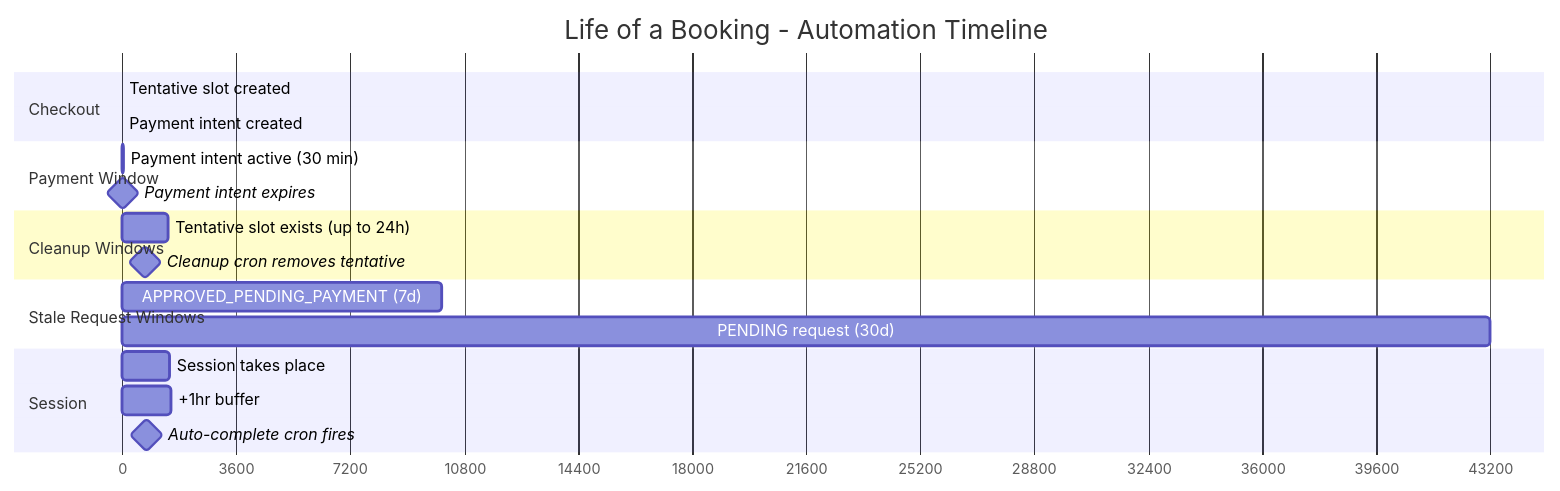
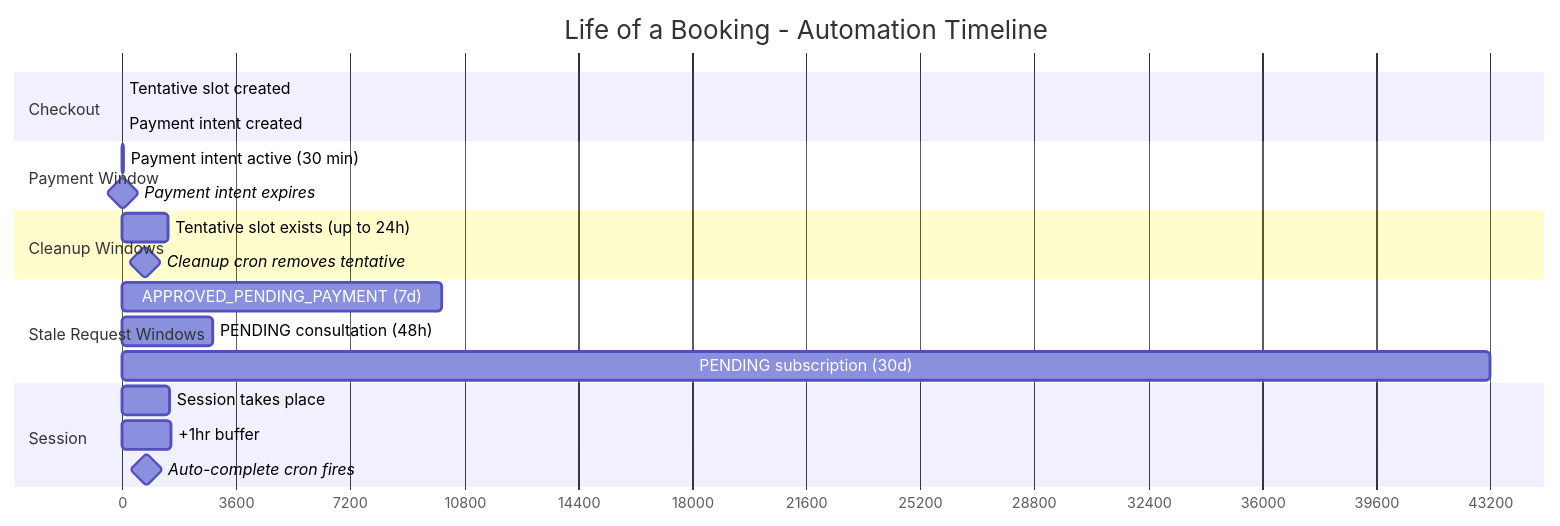
Diagram 16 of 16 in docs/booking/06-booking-lifecycle.md (Practitionist/familiarise_web), drawn with Mermaid before and after one commit. The commit also changed other lines of this file and 15 other files, not shown here.

````diff
--- a/docs/booking/06-booking-lifecycle.md
+++ b/docs/booking/06-booking-lifecycle.md
@@ -1172,27 +1172,28 @@
 ```mermaid
 gantt
     title Life of a Booking - Automation Timeline
     dateFormat X
     axisFormat %s
 
     section Checkout
     Tentative slot created           :a1, 0, 1
     Payment intent created           :a2, 0, 1
 
     section Payment Window
     Payment intent active (30 min)   :a3, 0, 30
     Payment intent expires           :milestone, 30, 30
 
     section Cleanup Windows
     Tentative slot exists (up to 24h) :a4, 0, 1440
     Cleanup cron removes tentative    :milestone, 1440, 1440
 
     section Stale Request Windows
     APPROVED_PENDING_PAYMENT (7d)     :a5, 0, 10080
-    PENDING request (30d)             :a6, 0, 43200
+    PENDING consultation (48h)        :a6, 0, 2880
+    PENDING subscription (30d)        :a9, 0, 43200
 
     section Session
     Session takes place               :a7, 1440, 1500
     +1hr buffer                       :a8, 1500, 1560
     Auto-complete cron fires          :milestone, 1560, 1560
 ```
````
